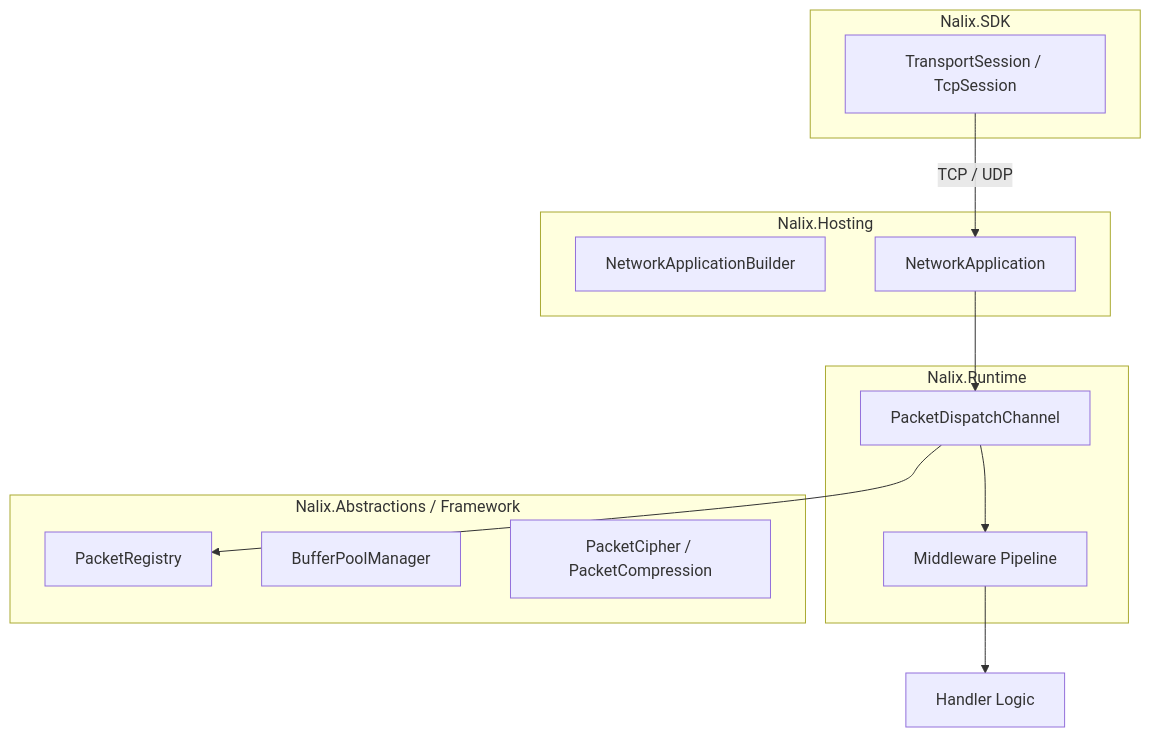
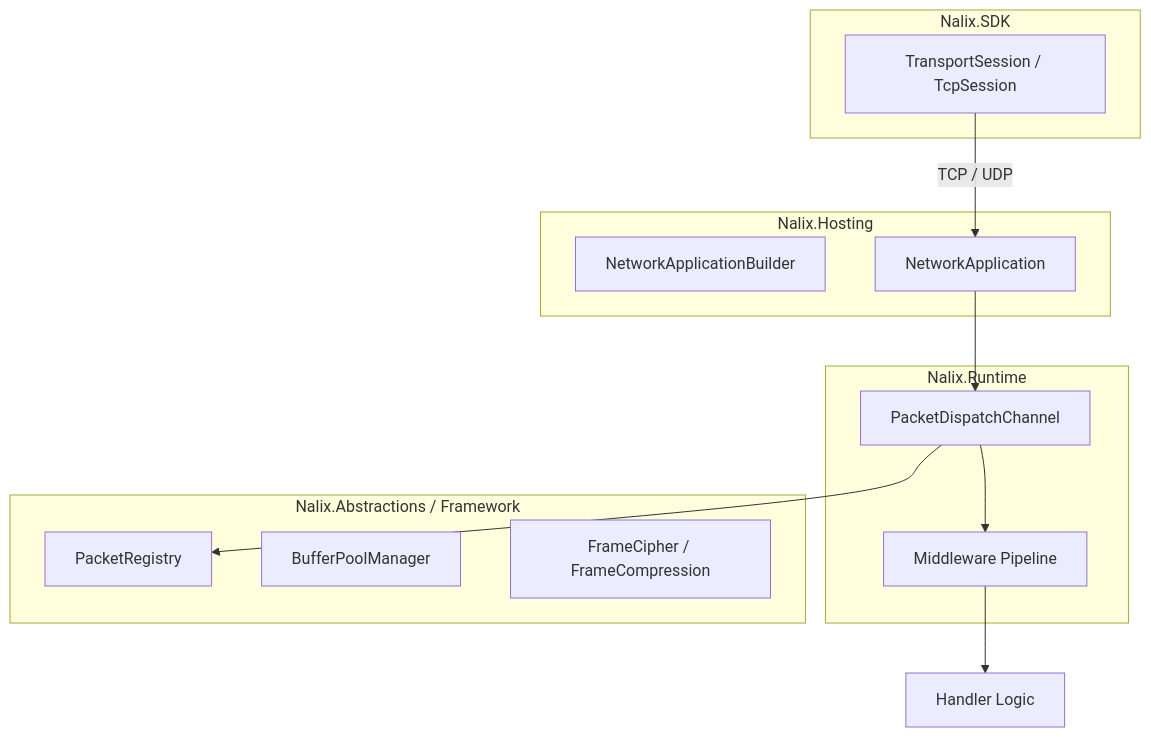
Before and after one commit to ppn-systems/Nalix: the diagram in docs/index.md, drawn with Mermaid. The commit also changed 105 other files, not shown here.

````diff
--- a/docs/index.md
+++ b/docs/index.md
@@ -89,28 +89,28 @@
 ```mermaid
 graph TD
     subgraph Client ["Nalix.SDK"]
         Session["TransportSession / TcpSession"]
     end
 
     subgraph Server ["Nalix.Hosting"]
         Builder["NetworkApplicationBuilder"]
         Host["NetworkApplication"]
     end
 
     subgraph Runtime ["Nalix.Runtime"]
         Dispatch["PacketDispatchChannel"]
         Middleware["Middleware Pipeline"]
     end
 
     subgraph Base ["Nalix.Abstractions / Framework"]
         Registry["PacketRegistry"]
         Pool["BufferPoolManager"]
-        Crypto["PacketCipher / PacketCompression"]
+        Crypto["FrameCipher / FrameCompression"]
     end
 
     Session -- "TCP / UDP" --> Host
     Host --> Dispatch
     Dispatch --> Registry
     Dispatch --> Middleware
     Middleware --> Handlers["Handler Logic"]
 ```
````
